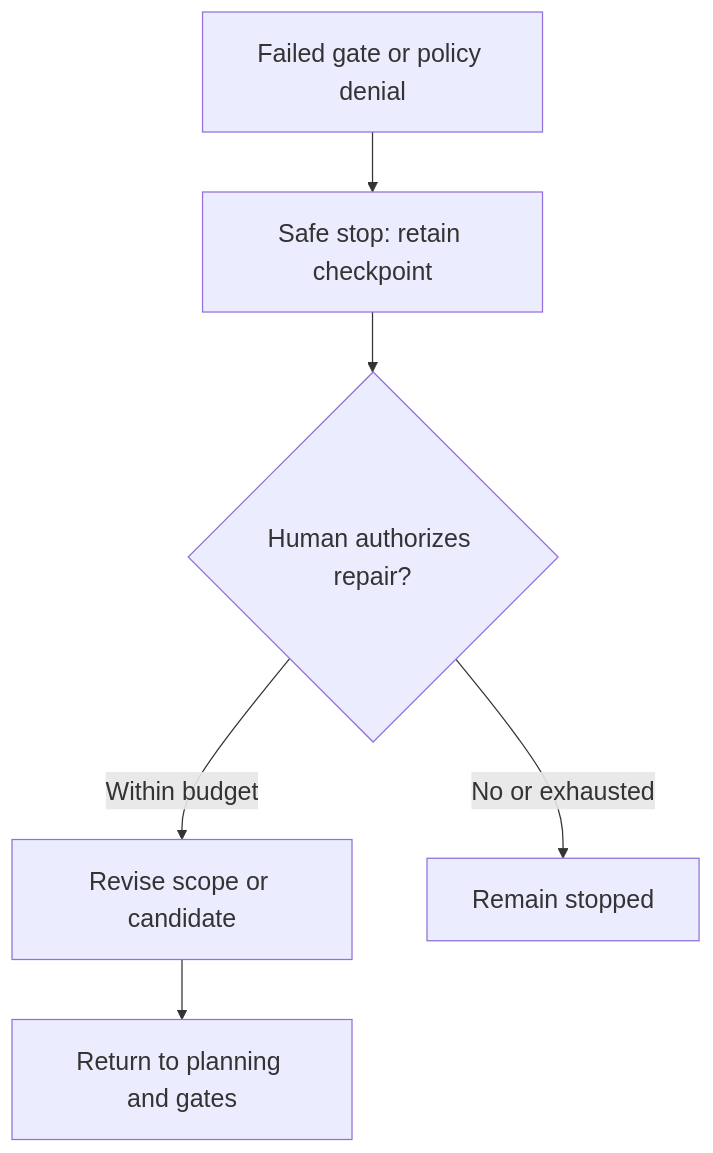
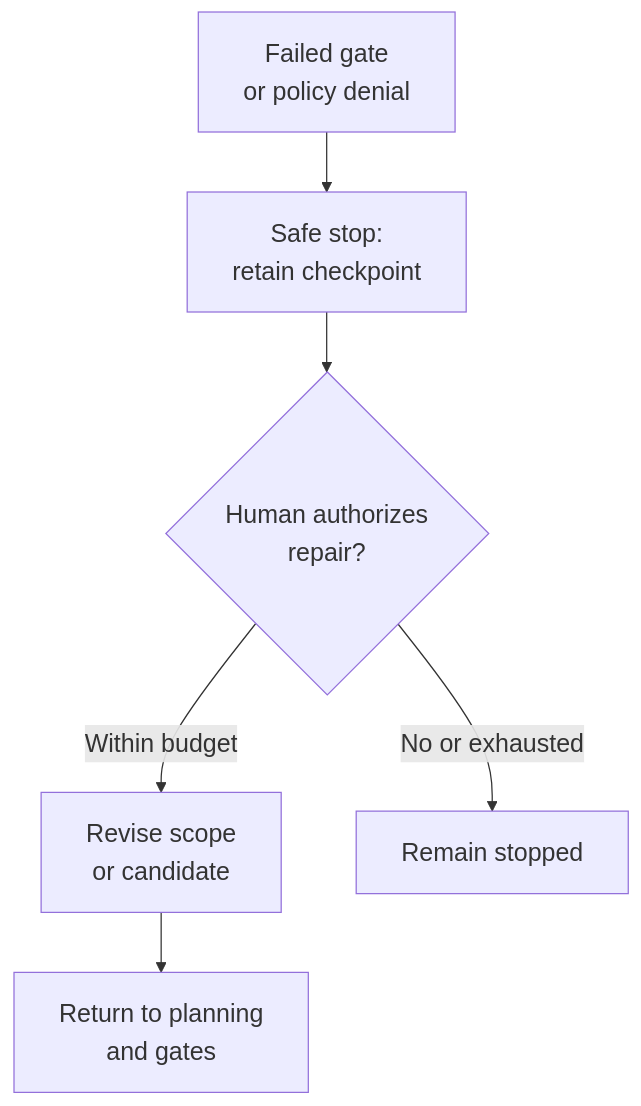
One commit to kcskribbl/canopy-agentic-sdlc changed the fourth of 4 diagrams in README.md. Above: the diagram before and after it, drawn with Mermaid. The commit also changed other lines of this file, not shown here.

First line of the commit message:
Wrap long labels in README Mermaid diagrams

````diff
--- a/README.md
+++ b/README.md
@@ -218,19 +218,19 @@
 ```mermaid
 %%{init: {"themeVariables":{"fontSize":"20px"},"flowchart":{"nodeSpacing":60,"rankSpacing":48,"padding":18}}}%%
 flowchart TD
-    F["Failed gate or policy denial"]
+    F["Failed gate<br/>or policy denial"]
 
-    S["Safe stop: retain checkpoint"]
+    S["Safe stop:<br/>retain checkpoint"]
 
-    H{"Human authorizes repair?"}
+    H{"Human authorizes<br/>repair?"}
 
-    A["Revise scope or candidate"]
+    A["Revise scope<br/>or candidate"]
 
-    P["Return to planning and gates"]
+    P["Return to planning<br/>and gates"]
 
     F --> S
     S --> H
     H -->|Within budget| A
     A --> P
     H -->|No or exhausted| X["Remain stopped"]
 ```
````
